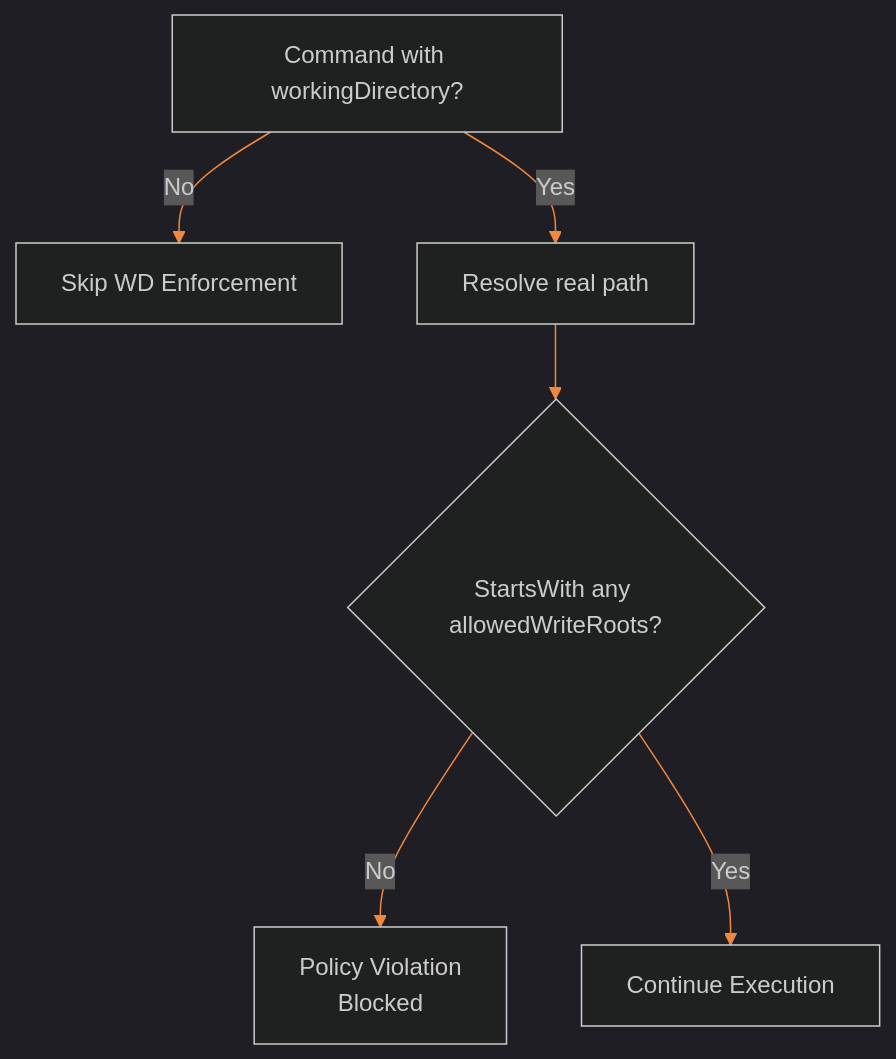
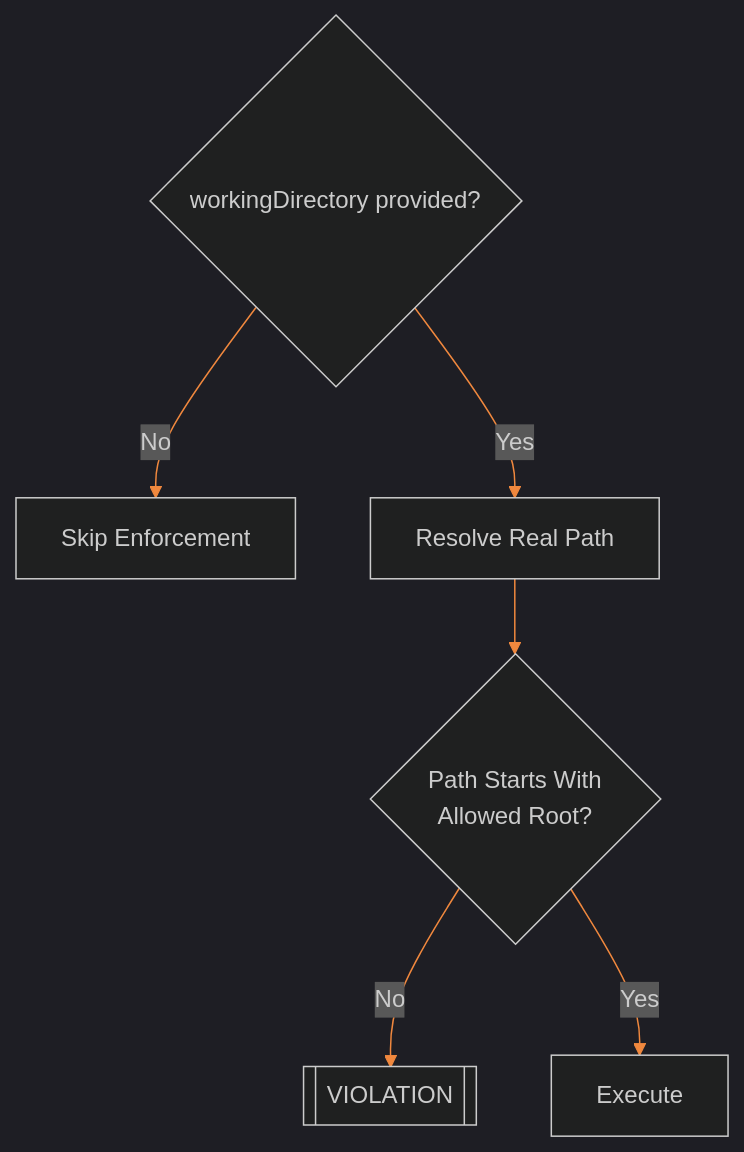
The fifth of 10 diagrams in docs/ARCHITECTURE.md (jagilber-org/powershell-mcp-server), drawn with Mermaid before and after one commit. The commit also changed other lines of this file, not shown here.

Commit message:
docs(architecture): fix Mermaid render errors (JSON init + simplified nodes)

````diff
--- a/docs/ARCHITECTURE.md
+++ b/docs/ARCHITECTURE.md
@@ -171,9 +171,9 @@
 ```mermaid
-%%{init: {'theme':'dark','themeVariables': { 'primaryColor': '#1e2730','primaryTextColor':'#e6f1ff','primaryBorderColor':'#c9d1d9','lineColor':'#f0883e','secondaryColor':'#2a3542','tertiaryColor':'#16202a'}}}%%
+%%{init: {"theme":"dark","themeVariables": {"primaryColor": "#1e2730","primaryTextColor":"#e6f1ff","primaryBorderColor":"#c9d1d9","lineColor":"#f0883e","secondaryColor":"#2a3542","tertiaryColor":"#16202a"}}}%%
 flowchart TD
-    A[Command with workingDirectory?] -->|No| PASS1[Skip WD Enforcement]
-    A -->|Yes| RESOLVE[Resolve real path]
-    RESOLVE --> VALID{StartsWith any allowedWriteRoots?}
-    VALID -->|No| ERR[Policy Violation<br/>Blocked]
-    VALID -->|Yes| PASS2[Continue Execution]
+    A{workingDirectory provided?} -->|No| SKIP[Skip Enforcement]
+    A -->|Yes| RESOLVE[Resolve Real Path]
+    RESOLVE --> VALID{Path Starts With\nAllowed Root?}
+    VALID -->|No| BLOCK[[VIOLATION]]
+    VALID -->|Yes| CONT[Execute]
 ```
````
